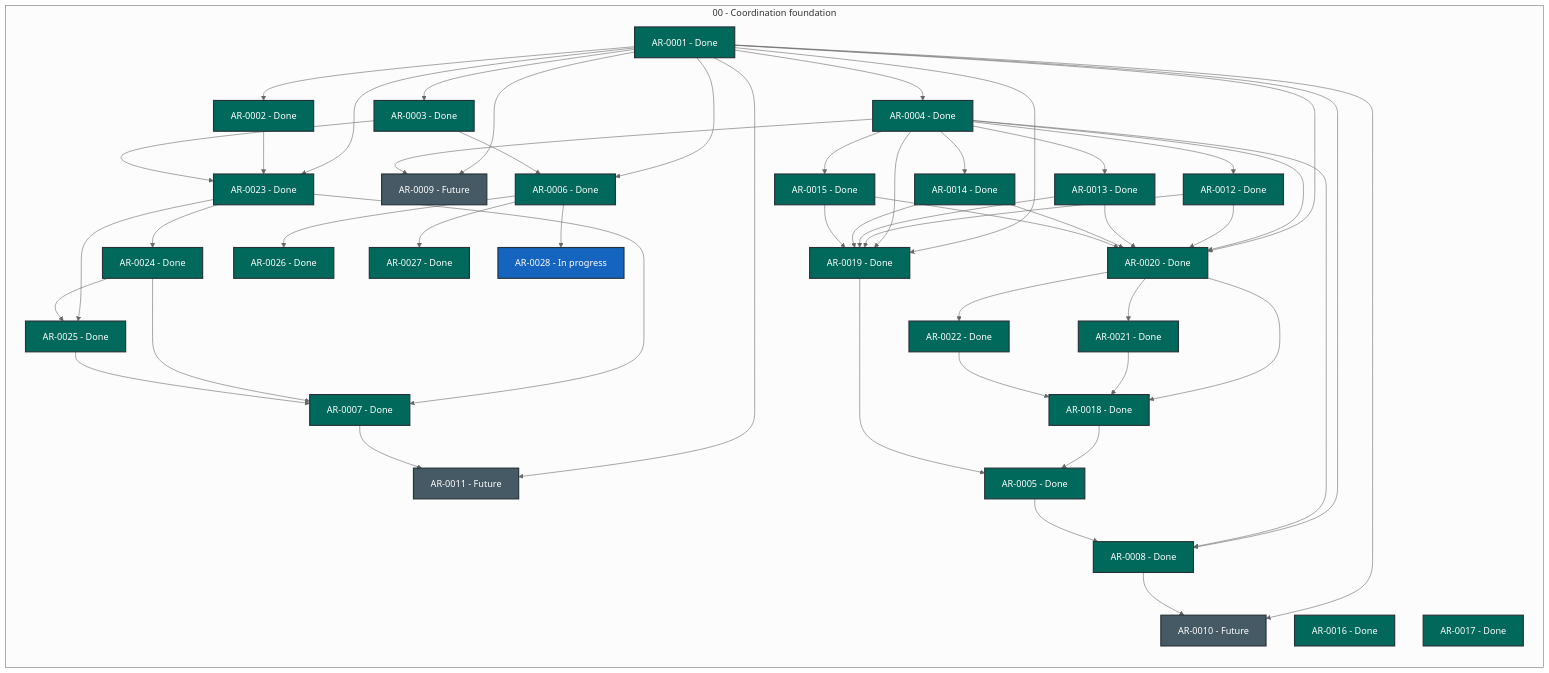
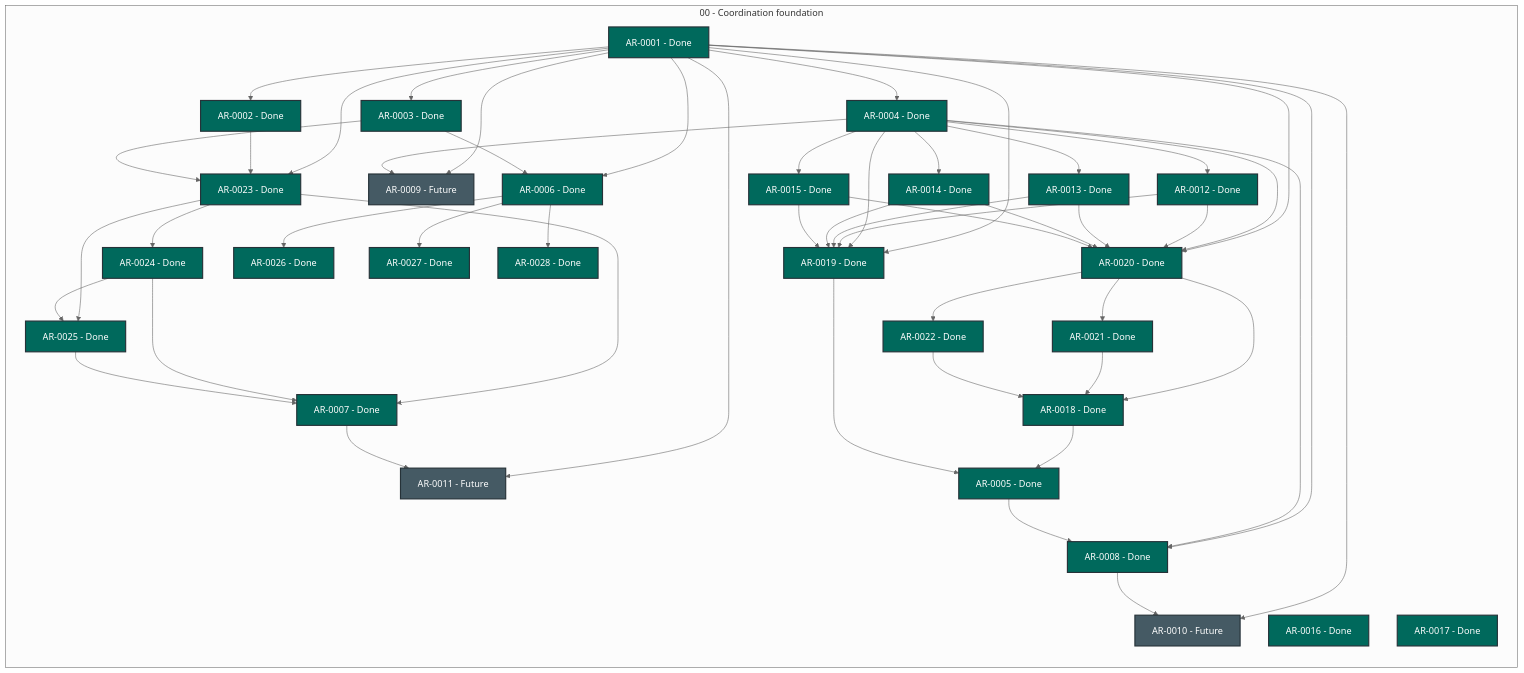
The diagram in STATUS.md (martin-beck/agent-workflow-quality-state), drawn with Mermaid (neutral theme) before and after one commit. The commit also changed other lines of this file and 2 other files, not shown here.

```diff
--- a/STATUS.md
+++ b/STATUS.md
@@ -55,7 +55,7 @@
         AR_0025["AR-0025 - Done"]:::status_done
         AR_0026["AR-0026 - Done"]:::status_done
         AR_0027["AR-0027 - Done"]:::status_done
-        AR_0028["AR-0028 - In progress"]:::status_in_progress
+        AR_0028["AR-0028 - Done"]:::status_done
     end
     AR_0001 --> AR_0002
     AR_0001 --> AR_0003
```
